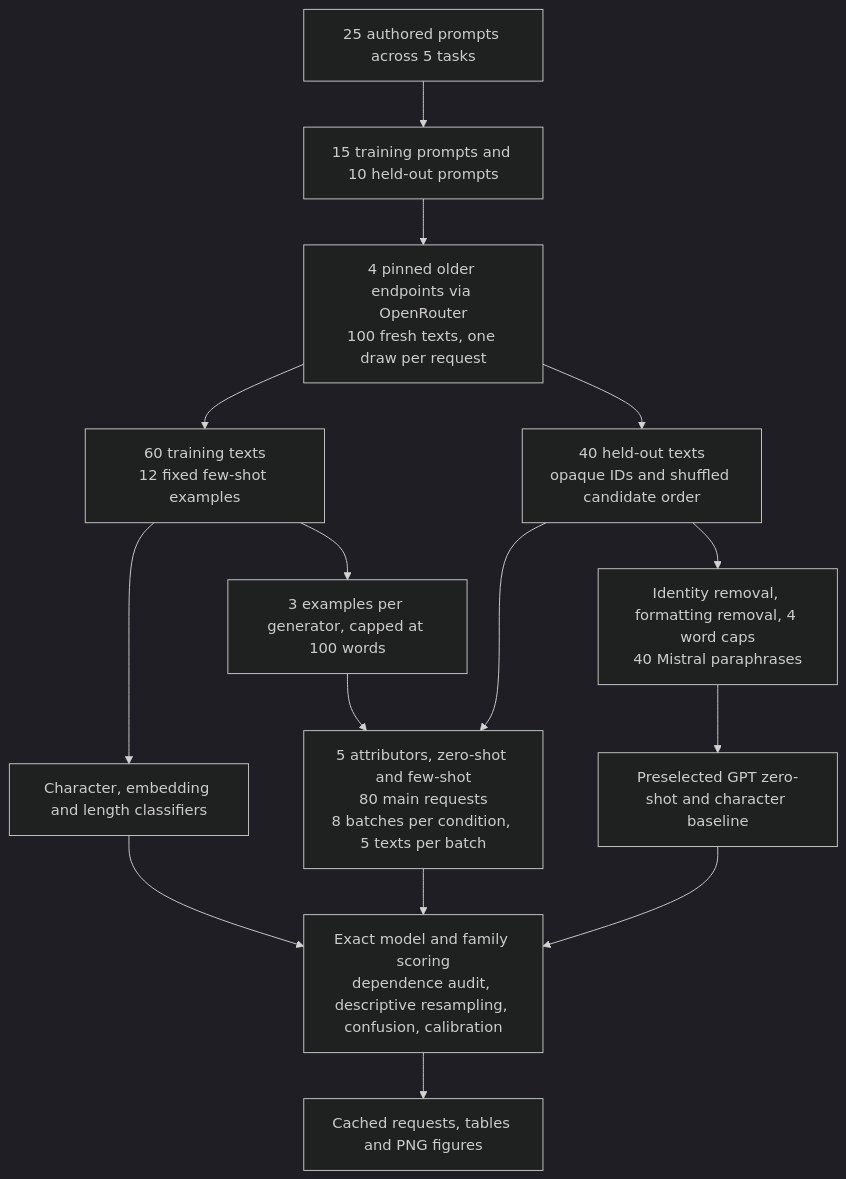
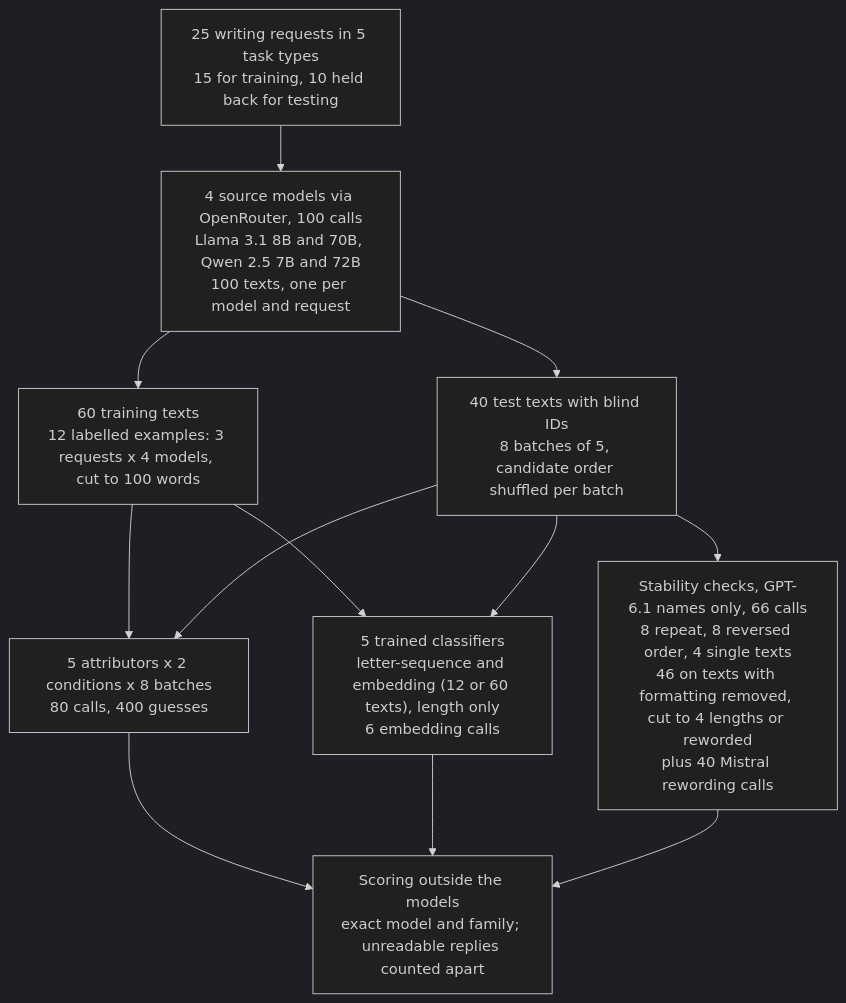
Before and after one commit to k-sandhu/experiment-notebooks: the diagram in notebooks/13-older-model-attribution/README.md, drawn with Mermaid (dark theme). The commit also changed other lines of this file and 2 other files, not shown here.

````diff
--- a/notebooks/13-older-model-attribution/README.md
+++ b/notebooks/13-older-model-attribution/README.md
@@ -64,17 +108,14 @@
 ```mermaid
 flowchart TD
-    p[25 authored prompts across 5 tasks] --> split[15 training prompts and 10 held-out prompts]
-    split --> g[4 pinned older endpoints via OpenRouter<br/>100 fresh texts, one draw per request]
-    g --> tr[60 training texts<br/>12 fixed few-shot examples]
-    g --> te[40 held-out texts<br/>opaque IDs and shuffled candidate order]
-    tr --> base[Character, embedding and length classifiers]
-    tr --> few[3 examples per generator, capped at 100 words]
-    te --> attr[5 attributors, zero-shot and few-shot<br/>80 main requests<br/>8 batches per condition, 5 texts per batch]
-    few --> attr
-    te --> abl[Identity removal, formatting removal, 4 word caps<br/>40 Mistral paraphrases]
-    abl --> ap[Preselected GPT zero-shot and character baseline]
-    base --> score[Exact model and family scoring<br/>dependence audit, descriptive resampling, confusion, calibration]
-    attr --> score
-    ap --> score
-    score --> out[Cached requests, tables and PNG figures]
+    p["25 writing requests in 5 task types<br/>15 for training, 10 held back for testing"] --> g["4 source models via OpenRouter, 100 calls<br/>Llama 3.1 8B and 70B, Qwen 2.5 7B and 72B<br/>100 texts, one per model and request"]
+    g --> tr["60 training texts<br/>12 labelled examples: 3 requests x 4 models, cut to 100 words"]
+    g --> te["40 test texts with blind IDs<br/>8 batches of 5, candidate order shuffled per batch"]
+    tr --> base["5 trained classifiers<br/>letter-sequence and embedding (12 or 60 texts), length only<br/>6 embedding calls"]
+    tr --> attr
+    te --> attr["5 attributors x 2 conditions x 8 batches<br/>80 calls, 400 guesses"]
+    te --> base
+    te --> abl["Stability checks, GPT-6.1 names only, 66 calls<br/>8 repeat, 8 reversed order, 4 single texts<br/>46 on texts with formatting removed, cut to 4 lengths or reworded<br/>plus 40 Mistral rewording calls"]
+    attr --> score["Scoring outside the models<br/>exact model and family; unreadable replies counted apart"]
+    base --> score
+    abl --> score
 ```
````
